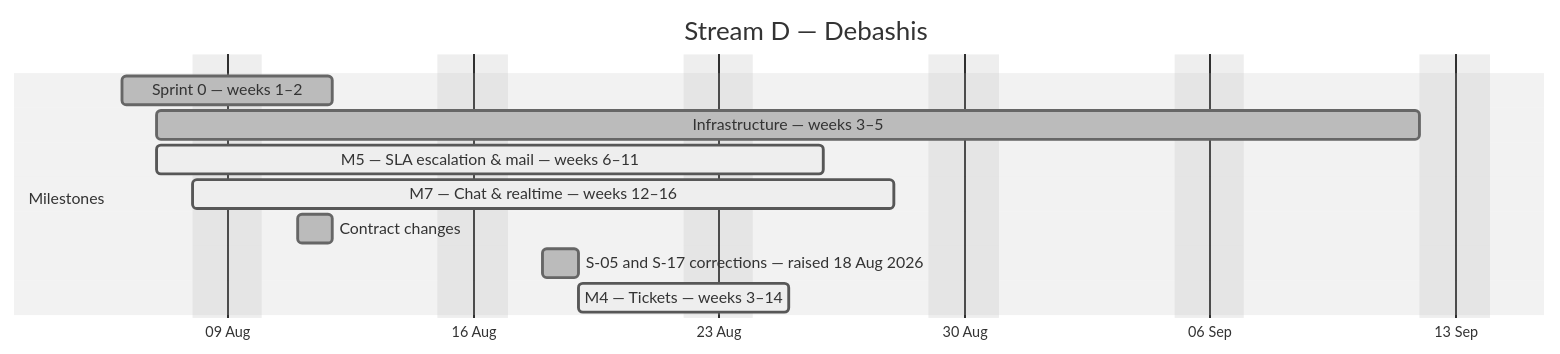
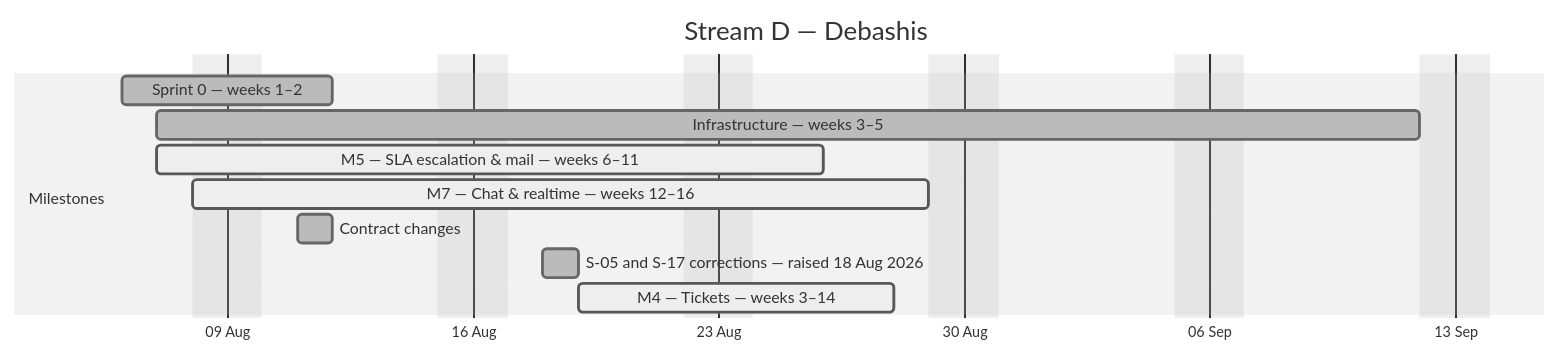
Before and after one commit to debashisedunext/EduTrack: the fourth of 4 diagrams in docs/plan/GANTT.md, drawn with Mermaid (neutral theme). The commit also changed other lines of this file and 5 other files, not shown here.

````diff
--- a/docs/plan/GANTT.md
+++ b/docs/plan/GANTT.md
@@ -129,15 +134,15 @@
 ```mermaid
 gantt
     dateFormat YYYY-MM-DD
     axisFormat %d %b
     title Stream D — Debashis
     excludes weekends
     section Milestones
     Sprint 0 — weeks 1–2 :done, d0, 2026-08-06, 4d
     Infrastructure — weeks 3–5 :done, d1, 2026-08-07, 26d
     M5 — SLA  escalation & mail — weeks 6–11 :active, d2, 2026-08-07, 13d
-    M7 — Chat & realtime — weeks 12–16 :active, d3, 2026-08-08, 15d
+    M7 — Chat & realtime — weeks 12–16 :active, d3, 2026-08-08, 16d
     Contract changes :done, d4, 2026-08-11, 1d
     S-05 and S-17 corrections — raised 18 Aug 2026 :done, d5, 2026-08-18, 1d
-    M4 — Tickets — weeks 3–14 :active, d6, 2026-08-19, 4d
+    M4 — Tickets — weeks 3–14 :active, d6, 2026-08-19, 7d
 ```
````
